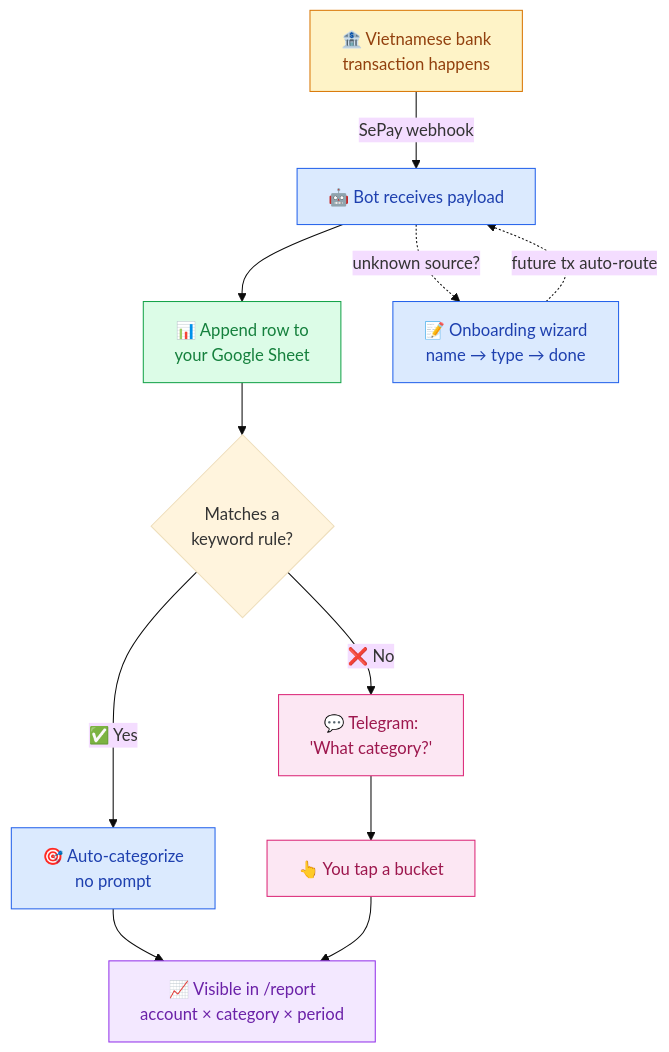
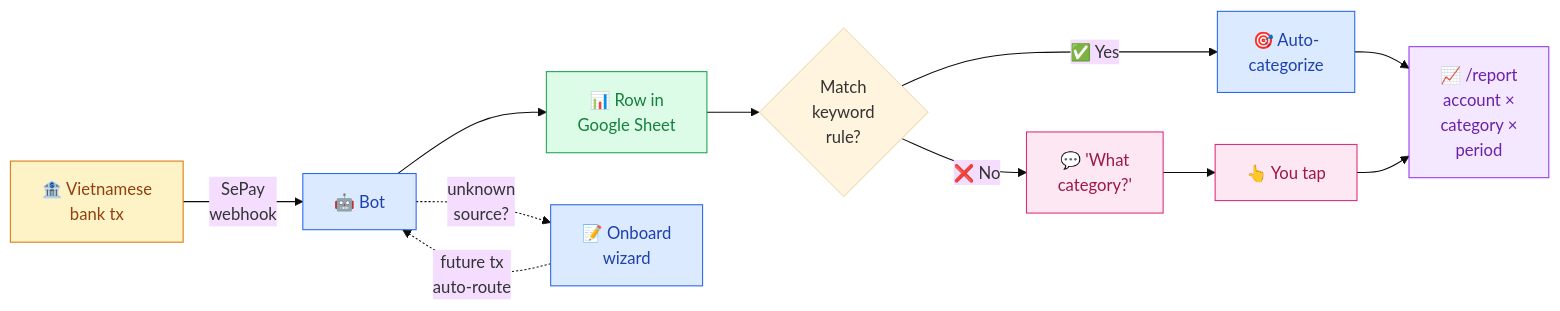
One commit to maingocanh1702/my-money-went-bot changed the diagram in README.md. Above: the diagram before and after it, drawn with Mermaid (base theme). The commit also changed other lines of this file and 1 other file, not shown here.

Commit message:
docs: add 2-sentence elevator pitch above What-it-does diagram
Plain-English intro for readers who skim before parsing the flowchart:
what the bot is, what triggers it, what you do, what you get.

````diff
--- a/README.md
+++ b/README.md
@@ -17,25 +19,25 @@
 ```mermaid
-flowchart TD
-    A[🏦 Vietnamese bank<br/>transaction happens] -->|SePay webhook| B[🤖 Bot receives payload]
-    B --> C[📊 Append row to<br/>your Google Sheet]
-    C --> D{Matches a<br/>keyword rule?}
-    D -->|✅ Yes| E[🎯 Auto-categorize<br/>no prompt]
-    D -->|❌ No| F[💬 Telegram:<br/>'What category?']
-    F --> G[👆 You tap a bucket]
-    E --> H[📈 Visible in /report<br/>account × category × period]
+flowchart LR
+    A[🏦 Vietnamese<br/>bank tx] -->|SePay<br/>webhook| B[🤖 Bot]
+    B --> C[📊 Row in<br/>Google Sheet]
+    C --> D{Match<br/>keyword<br/>rule?}
+    D -->|✅ Yes| E[🎯 Auto-<br/>categorize]
+    D -->|❌ No| F[💬 'What<br/>category?']
+    F --> G[👆 You tap]
+    E --> H[📈 /report<br/>account ×<br/>category ×<br/>period]
     G --> H
 
-    B -. unknown source? .-> I[📝 Onboarding wizard<br/>name → type → done]
-    I -. future tx auto-route .-> B
+    B -. unknown<br/>source? .-> I[📝 Onboard<br/>wizard]
+    I -. future tx<br/>auto-route .-> B
 
     classDef bank fill:#fef3c7,stroke:#d97706,color:#92400e
     classDef bot fill:#dbeafe,stroke:#2563eb,color:#1e40af
     classDef store fill:#dcfce7,stroke:#16a34a,color:#15803d
     classDef user fill:#fce7f3,stroke:#db2777,color:#9d174d
     classDef out fill:#f3e8ff,stroke:#9333ea,color:#6b21a8
     class A bank
     class B,E,I bot
     class C store
     class F,G user
     class H out
 ```
````
